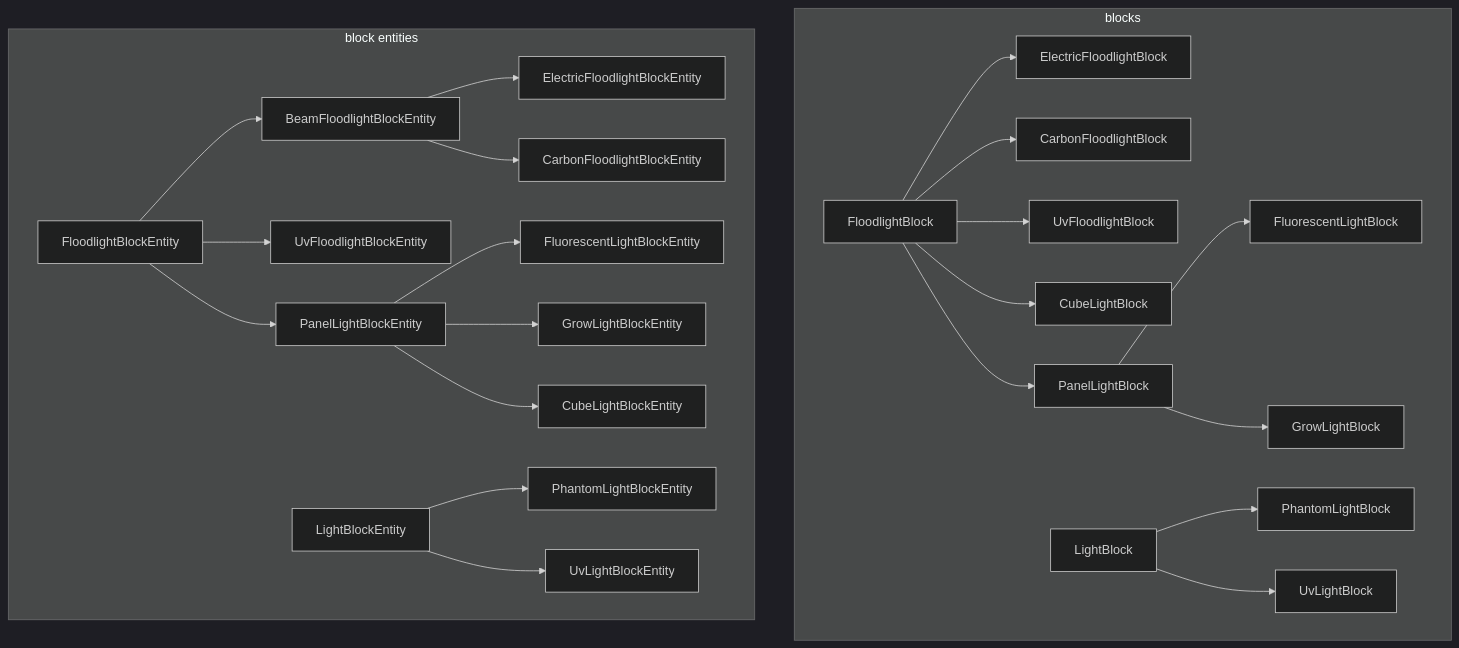
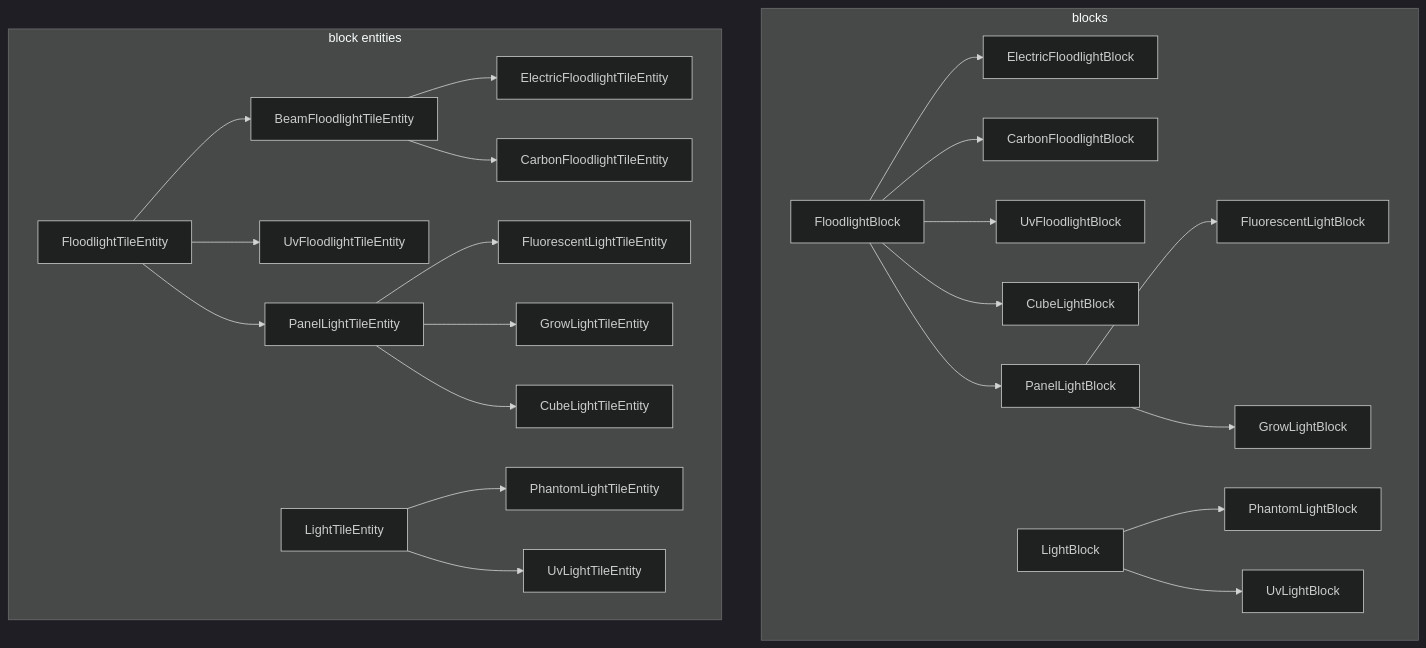
The second of 2 diagrams in docs/architecture.md (OpenModularTurretsTeam/OpenModularLighting), drawn with Mermaid (dark theme) before and after one commit. The commit also changed other lines of this file and 54 other files, not shown here.

````diff
--- a/docs/architecture.md
+++ b/docs/architecture.md
@@ -102,26 +102,26 @@
 ```mermaid
 flowchart TB
     subgraph blocks
         FB[FloodlightBlock] --> EFB[ElectricFloodlightBlock]
         FB --> CFB[CarbonFloodlightBlock]
         FB --> UFB[UvFloodlightBlock]
         FB --> CLB[CubeLightBlock]
         FB --> PLB[PanelLightBlock]
         PLB --> FLB[FluorescentLightBlock]
         PLB --> GLB[GrowLightBlock]
         LB[LightBlock] --> PHB[PhantomLightBlock]
         LB --> UVB[UvLightBlock]
     end
     subgraph block entities
-        FBE[FloodlightBlockEntity] --> BFBE[BeamFloodlightBlockEntity]
-        BFBE --> EFBE[ElectricFloodlightBlockEntity]
-        BFBE --> CFBE[CarbonFloodlightBlockEntity]
-        FBE --> UFBE[UvFloodlightBlockEntity]
-        FBE --> PLBE[PanelLightBlockEntity]
-        PLBE --> FLBE[FluorescentLightBlockEntity]
-        PLBE --> GLBE[GrowLightBlockEntity]
-        PLBE --> CLBE[CubeLightBlockEntity]
-        LBE[LightBlockEntity] --> PHBE[PhantomLightBlockEntity]
-        LBE --> UVBE[UvLightBlockEntity]
+        FBE[FloodlightTileEntity] --> BFBE[BeamFloodlightTileEntity]
+        BFBE --> EFBE[ElectricFloodlightTileEntity]
+        BFBE --> CFBE[CarbonFloodlightTileEntity]
+        FBE --> UFBE[UvFloodlightTileEntity]
+        FBE --> PLBE[PanelLightTileEntity]
+        PLBE --> FLBE[FluorescentLightTileEntity]
+        PLBE --> GLBE[GrowLightTileEntity]
+        PLBE --> CLBE[CubeLightTileEntity]
+        LBE[LightTileEntity] --> PHBE[PhantomLightTileEntity]
+        LBE --> UVBE[UvLightTileEntity]
     end
 ```
````
